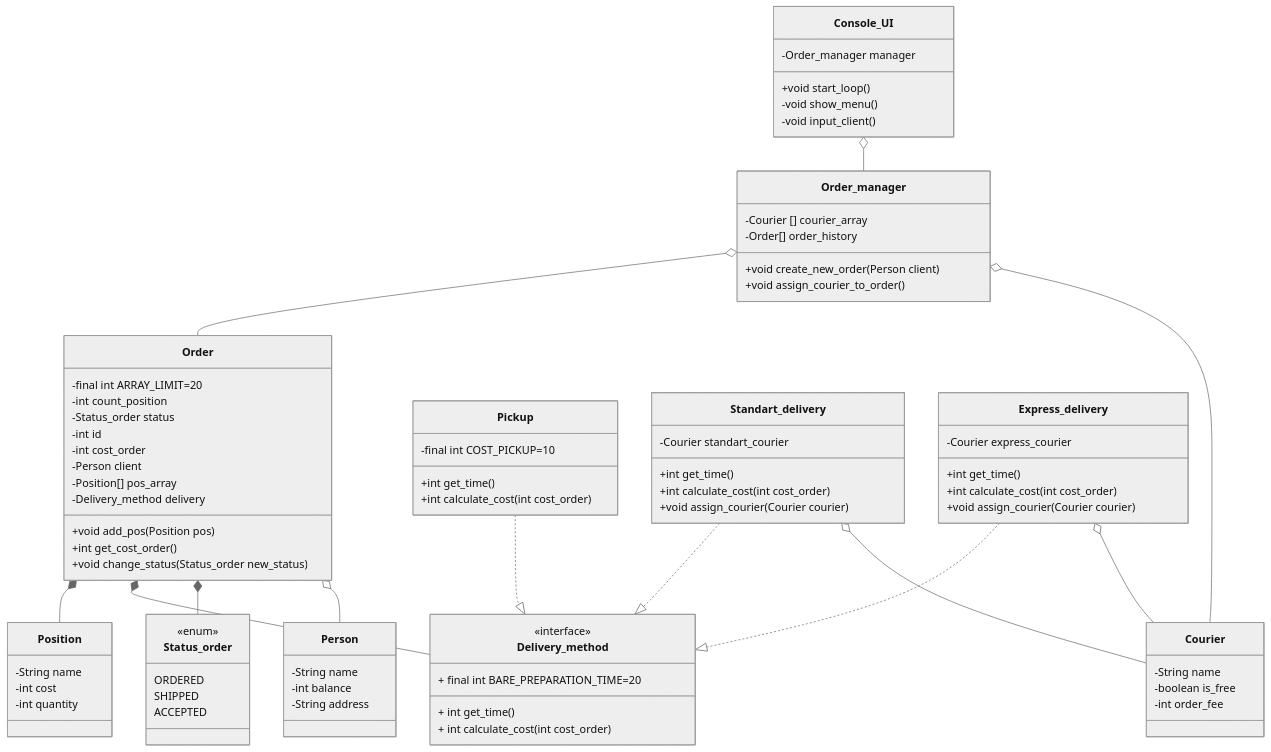
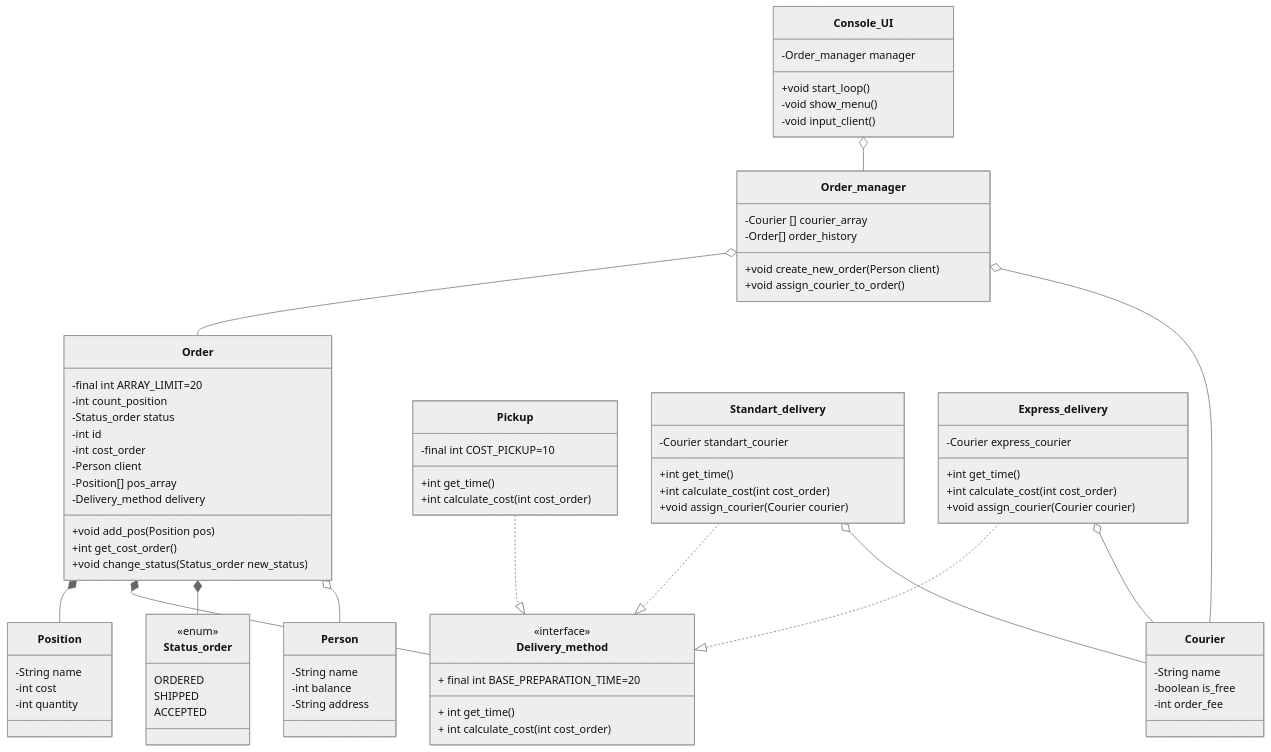
The diagram in README.md (kirillkushaev2007-boop/Labaratory1), drawn with Mermaid (neutral theme) before and after one commit.

```diff
--- a/README.md
+++ b/README.md
@@ -46,7 +46,7 @@
    %% Интерфейс доставки (Delivery_method)
    class Delivery_method {
       <<interface>>
-      + final int BARE_PREPARATION_TIME=20
+      + final int BASE_PREPARATION_TIME=20
       + int get_time()
       + int calculate_cost (int cost_order)
    }
```
